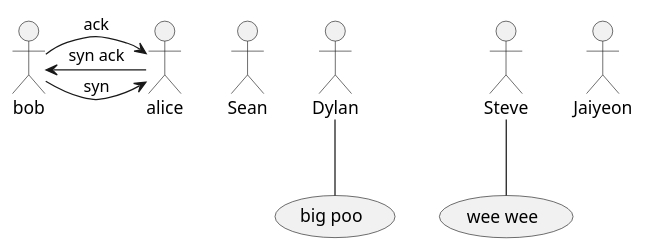
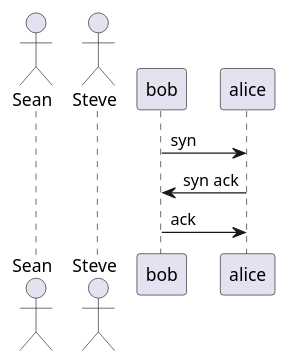
One commit to burnsy-simple/wacky-races changed the diagram in arch.wsd. Above: the diagram before and after it, drawn with PlantUML.

```diff
--- a/arch.wsd
+++ b/arch.wsd
@@ -1,11 +1,7 @@
 @startuml wacky-races
 actor Sean
-actor Dylan
 actor Steve
-actor Jaiyeon
-Dylan -- (big poo)
-Steve -- (wee wee)
 bob -> alice: syn
 bob <- alice: syn ack
 bob -> alice: ack
 @enduml
```
